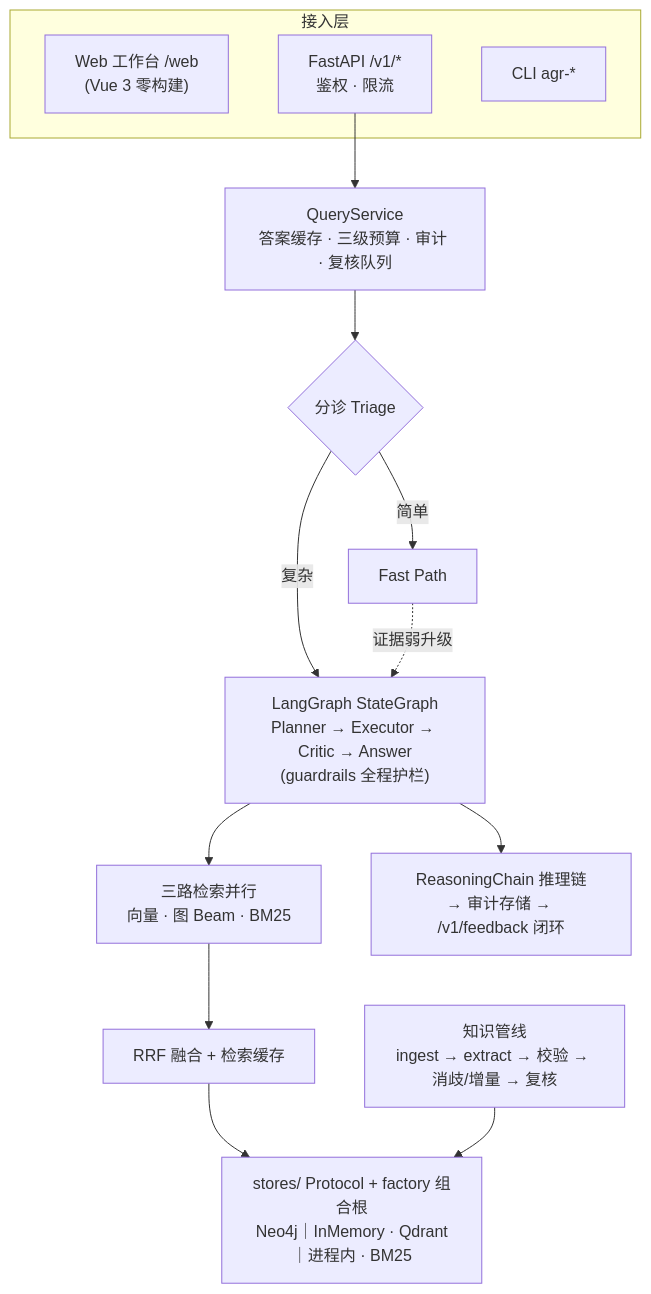
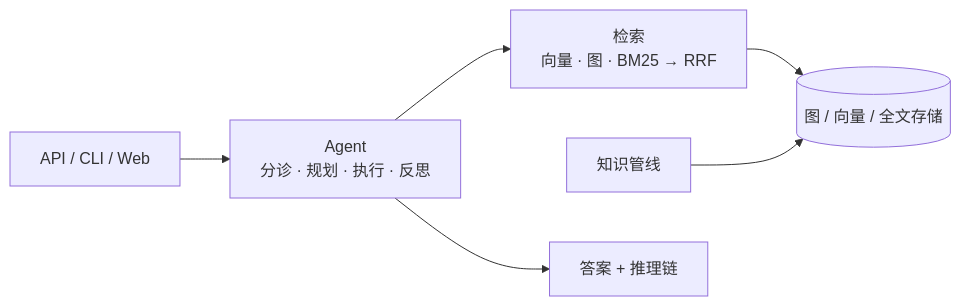
One commit to RightCloudhub/AG changed the diagram in README.md. Above: the diagram before and after it, drawn with Mermaid. The commit also changed other lines of this file and 61 other files, not shown here.

````diff
--- a/README.md
+++ b/README.md
@@ -41,18 +38,8 @@
 ```mermaid
-flowchart TD
-    subgraph L1["接入层"]
-        WEB["Web 工作台 /web<br/>(Vue 3 零构建)"]
-        API["FastAPI /v1/*<br/>鉴权 · 限流"]
-        CLI["CLI agr-*"]
-    end
-    API --> SVC["QueryService<br/>答案缓存 · 三级预算 · 审计 · 复核队列"]
-    SVC --> TRIAGE{"分诊 Triage"}
-    TRIAGE -->|"简单"| FP["Fast Path"]
-    TRIAGE -->|"复杂"| AG["LangGraph StateGraph<br/>Planner → Executor → Critic → Answer<br/>(guardrails 全程护栏)"]
-    FP -.->|"证据弱升级"| AG
-    AG --> RET["三路检索并行<br/>向量 · 图 Beam · BM25"]
-    RET --> RRF["RRF 融合 + 检索缓存"]
-    RRF --> STORES["stores/ Protocol + factory 组合根<br/>Neo4j｜InMemory · Qdrant｜进程内 · BM25"]
-    KP["知识管线<br/>ingest → extract → 校验 → 消歧/增量 → 复核"] --> STORES
-    AG --> CHAIN["ReasoningChain 推理链<br/>→ 审计存储 → /v1/feedback 闭环"]
+flowchart LR
+    API["API / CLI / Web"] --> AG["Agent<br/>分诊 · 规划 · 执行 · 反思"]
+    AG --> RET["检索<br/>向量 · 图 · BM25 → RRF"]
+    RET --> ST[("图 / 向量 / 全文存储")]
+    KG["知识管线"] --> ST
+    AG --> GEN["答案 + 推理链"]
 ```
````
